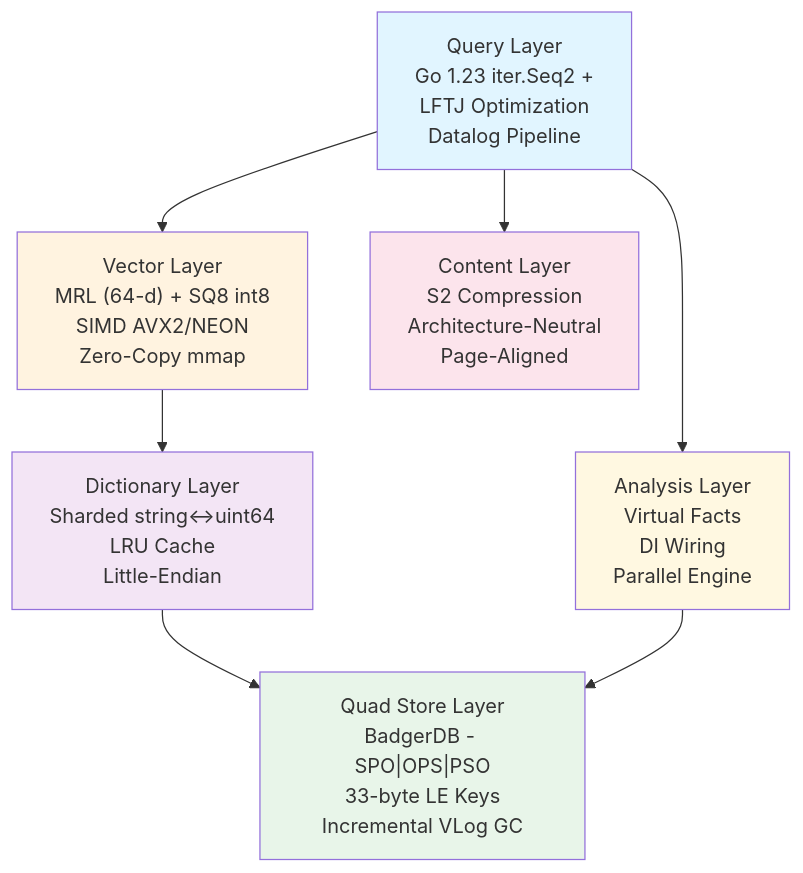
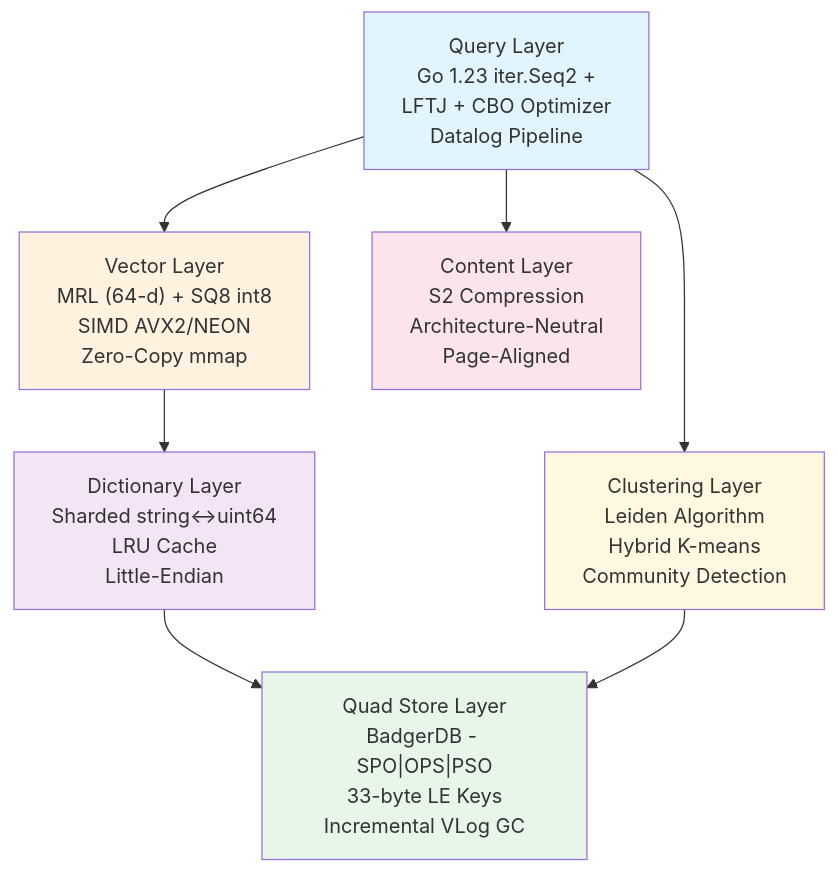
Before and after one commit to duynguyendang/meb: the diagram in README.md, drawn with Mermaid. The commit also changed other lines of this file and 8 other files, not shown here.

````diff
--- a/README.md
+++ b/README.md
@@ -364,23 +389,23 @@
 ```mermaid
 graph TD
-    A["Query Layer<br/>Go 1.23 iter.Seq2 +<br/>LFTJ Optimization<br/>Datalog Pipeline"]
+    A["Query Layer<br/>Go 1.23 iter.Seq2 +<br/>LFTJ + CBO Optimizer<br/>Datalog Pipeline"]
     B["Vector Layer<br/>MRL (64-d) + SQ8 int8<br/>SIMD AVX2/NEON<br/>Zero-Copy mmap"]
     C["Dictionary Layer<br/>Sharded string↔uint64<br/>LRU Cache<br/>Little-Endian"]
     D["Quad Store Layer<br/>BadgerDB - SPO|OPS|PSO<br/>33-byte LE Keys<br/>Incremental VLog GC"]
     E["Content Layer<br/>S2 Compression<br/>Architecture-Neutral<br/>Page-Aligned"]
-    F["Analysis Layer<br/>Virtual Facts<br/>DI Wiring<br/>Parallel Engine"]
+    F["Clustering Layer<br/>Leiden Algorithm<br/>Hybrid K-means<br/>Community Detection"]
 
     A --> B
     B --> C
     C --> D
     A --> E
     A --> F
     F --> D
 
     style A fill:#e1f5ff
     style B fill:#fff3e0
     style C fill:#f3e5f5
     style D fill:#e8f5e9
     style E fill:#fce4ec
     style F fill:#fff8e1
 ```
````
